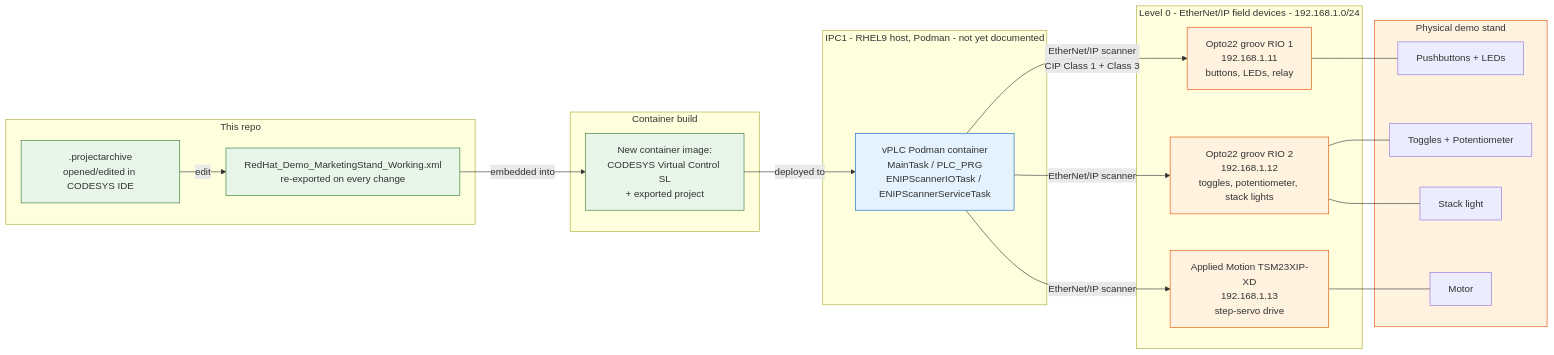
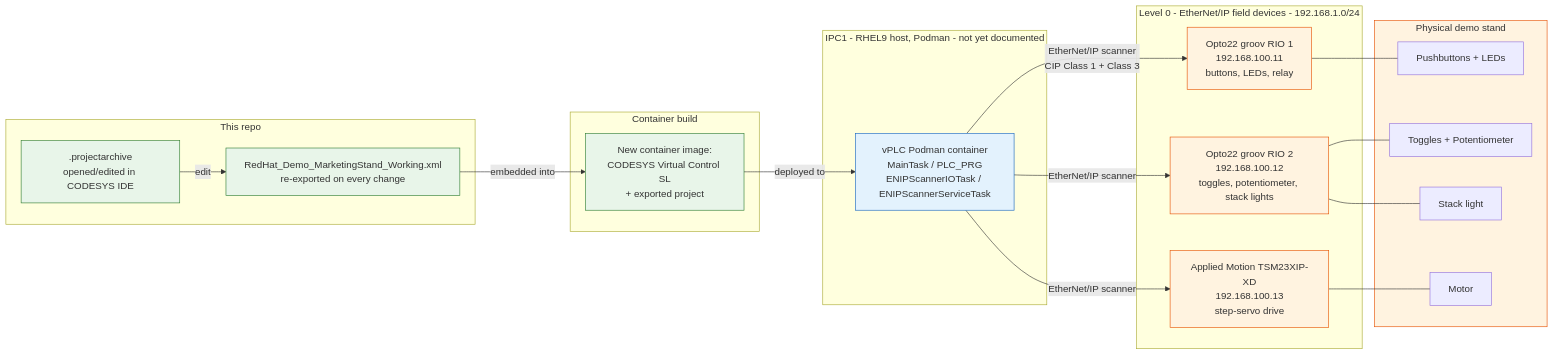
Before and after one commit to RedHatEdge/sps-2025: the first of 2 diagrams in workloads/Codesys/CODESYS-Workflow.md, drawn with Mermaid. The commit also changed other lines of this file and 27 other files, not shown here.

````diff
--- a/workloads/Codesys/CODESYS-Workflow.md
+++ b/workloads/Codesys/CODESYS-Workflow.md
@@ -57,48 +116,48 @@
 ```mermaid
 flowchart LR
   subgraph Repo[This repo]
     ARCHIVE[.projectarchive<br/>opened/edited in CODESYS IDE]
     XML[RedHat_Demo_MarketingStand_Working.xml<br/>re-exported on every change]
   end
 
   subgraph Build[Container build]
     IMG[New container image:<br/>CODESYS Virtual Control SL<br/>+ exported project]
   end
 
   subgraph IPC1[IPC1 - RHEL9 host, Podman - not yet documented]
     VPLC[vPLC Podman container<br/>MainTask / PLC_PRG<br/>ENIPScannerIOTask / ENIPScannerServiceTask]
   end
 
   subgraph Field["Level 0 - EtherNet/IP field devices - 192.168.1.0/24"]
-    RIO1[Opto22 groov RIO 1<br/>192.168.1.11<br/>buttons, LEDs, relay]
-    RIO2[Opto22 groov RIO 2<br/>192.168.1.12<br/>toggles, potentiometer, stack lights]
-    SERVO[Applied Motion TSM23XIP-XD<br/>192.168.1.13<br/>step-servo drive]
+    RIO1[Opto22 groov RIO 1<br/>192.168.100.11<br/>buttons, LEDs, relay]
+    RIO2[Opto22 groov RIO 2<br/>192.168.100.12<br/>toggles, potentiometer, stack lights]
+    SERVO[Applied Motion TSM23XIP-XD<br/>192.168.100.13<br/>step-servo drive]
   end
 
   subgraph Stand[Physical demo stand]
     BTNS[Pushbuttons + LEDs]
     TOGGLES[Toggles + Potentiometer]
     LIGHTS[Stack light]
     MOTOR[Motor]
   end
 
   ARCHIVE -- edit --> XML
   XML -- embedded into --> IMG
   IMG -- deployed to --> VPLC
 
   VPLC -- EtherNet/IP scanner<br/>CIP Class 1 + Class 3 --> RIO1
   VPLC -- EtherNet/IP scanner --> RIO2
   VPLC -- EtherNet/IP scanner --> SERVO
 
   RIO1 --- BTNS
   RIO2 --- TOGGLES
   RIO2 --- LIGHTS
   SERVO --- MOTOR
 
   classDef control fill:#e3f2fd,stroke:#1565c0;
   classDef field fill:#fff3e0,stroke:#e65100;
   classDef repo fill:#e8f5e9,stroke:#2e7d32;
   class ARCHIVE,XML,IMG repo;
   class VPLC control;
   class RIO1,RIO2,SERVO,Stand field;
 ```
````
